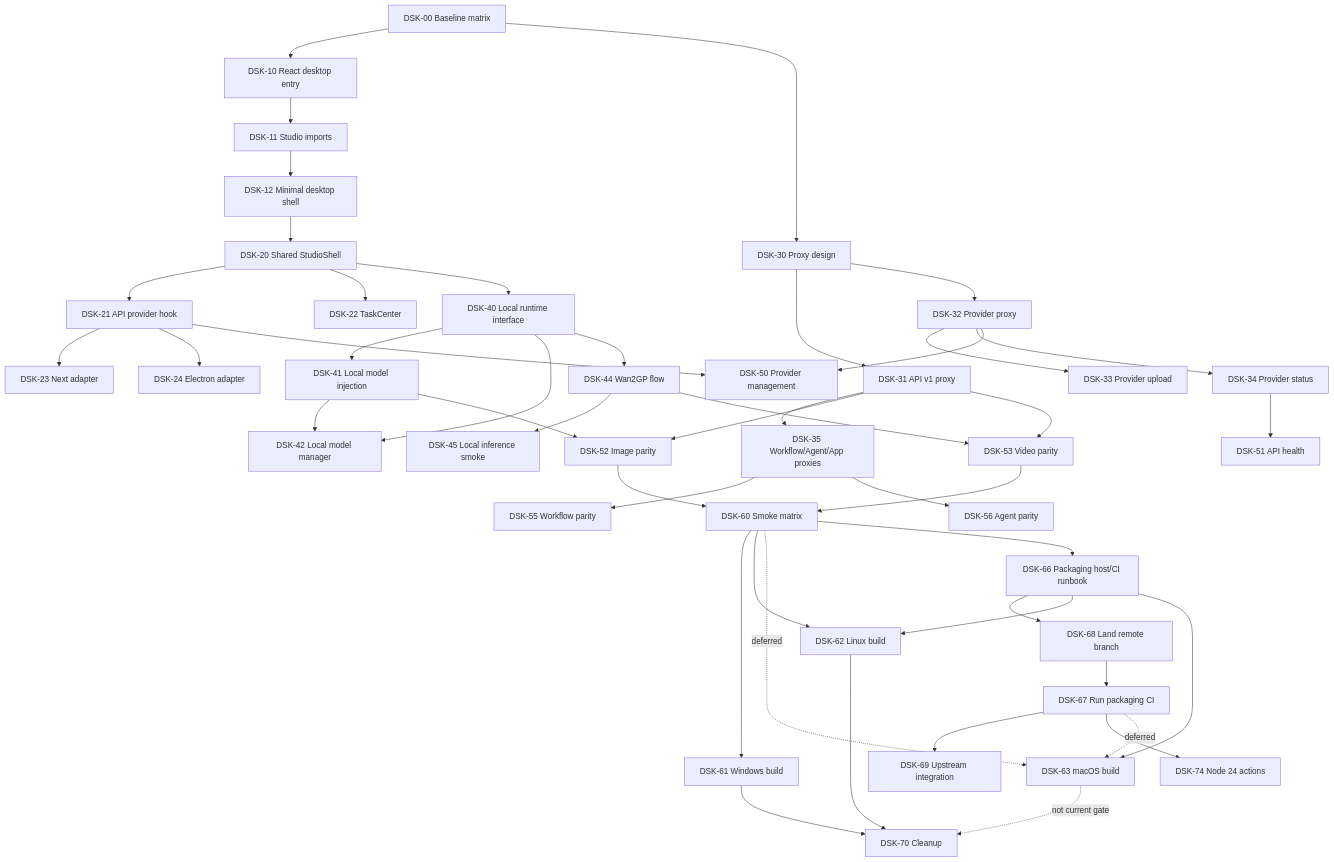
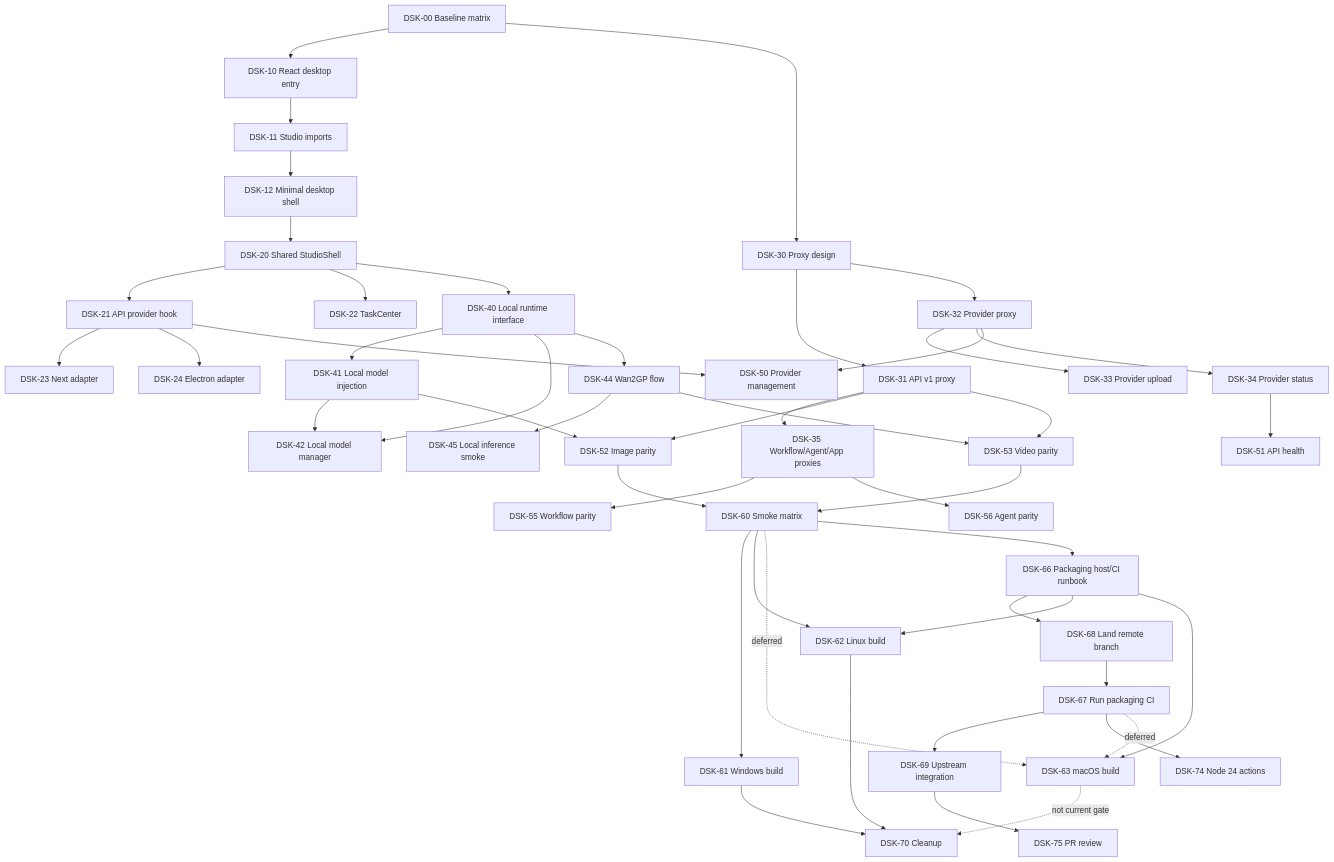
One commit to Anil-matcha/Open-Generative-AI changed the diagram in docs/product/2026-05-26-desktop-web-sync-master-plan.md. Above: the diagram before and after it, drawn with Mermaid. The commit also changed other lines of this file and 2 other files, not shown here.

````diff
--- a/docs/product/2026-05-26-desktop-web-sync-master-plan.md
+++ b/docs/product/2026-05-26-desktop-web-sync-master-plan.md
@@ -292,48 +293,49 @@
 ```mermaid
 flowchart TD
   DSK00["DSK-00 Baseline matrix"] --> DSK10["DSK-10 React desktop entry"]
   DSK00 --> DSK30["DSK-30 Proxy design"]
   DSK10 --> DSK11["DSK-11 Studio imports"]
   DSK11 --> DSK12["DSK-12 Minimal desktop shell"]
   DSK12 --> DSK20["DSK-20 Shared StudioShell"]
   DSK20 --> DSK21["DSK-21 API provider hook"]
   DSK20 --> DSK22["DSK-22 TaskCenter"]
   DSK21 --> DSK23["DSK-23 Next adapter"]
   DSK21 --> DSK24["DSK-24 Electron adapter"]
   DSK30 --> DSK31["DSK-31 API v1 proxy"]
   DSK30 --> DSK32["DSK-32 Provider proxy"]
   DSK32 --> DSK33["DSK-33 Provider upload"]
   DSK32 --> DSK34["DSK-34 Provider status"]
   DSK31 --> DSK35["DSK-35 Workflow/Agent/App proxies"]
   DSK20 --> DSK40["DSK-40 Local runtime interface"]
   DSK40 --> DSK41["DSK-41 Local model injection"]
   DSK40 --> DSK42["DSK-42 Local model manager"]
   DSK40 --> DSK44["DSK-44 Wan2GP flow"]
   DSK41 --> DSK42
   DSK44 --> DSK45["DSK-45 Local inference smoke"]
   DSK21 --> DSK50["DSK-50 Provider management"]
   DSK32 --> DSK50
   DSK34 --> DSK51["DSK-51 API health"]
   DSK31 --> DSK52["DSK-52 Image parity"]
   DSK31 --> DSK53["DSK-53 Video parity"]
   DSK41 --> DSK52
   DSK44 --> DSK53
   DSK35 --> DSK55["DSK-55 Workflow parity"]
   DSK35 --> DSK56["DSK-56 Agent parity"]
   DSK52 --> DSK60["DSK-60 Smoke matrix"]
   DSK53 --> DSK60
   DSK60 --> DSK61["DSK-61 Windows build"]
   DSK60 --> DSK62["DSK-62 Linux build"]
   DSK60 -. deferred .-> DSK63["DSK-63 macOS build"]
   DSK60 --> DSK66["DSK-66 Packaging host/CI runbook"]
   DSK66 --> DSK68["DSK-68 Land remote branch"]
   DSK68 --> DSK67["DSK-67 Run packaging CI"]
   DSK67 --> DSK69["DSK-69 Upstream integration"]
   DSK67 --> DSK74["DSK-74 Node 24 actions"]
+  DSK69 --> DSK75["DSK-75 PR review"]
   DSK66 --> DSK62
   DSK66 --> DSK63
   DSK67 -. deferred .-> DSK63
   DSK61 --> DSK70["DSK-70 Cleanup"]
   DSK62 --> DSK70
   DSK63 -. not current gate .-> DSK70
 ```
````
